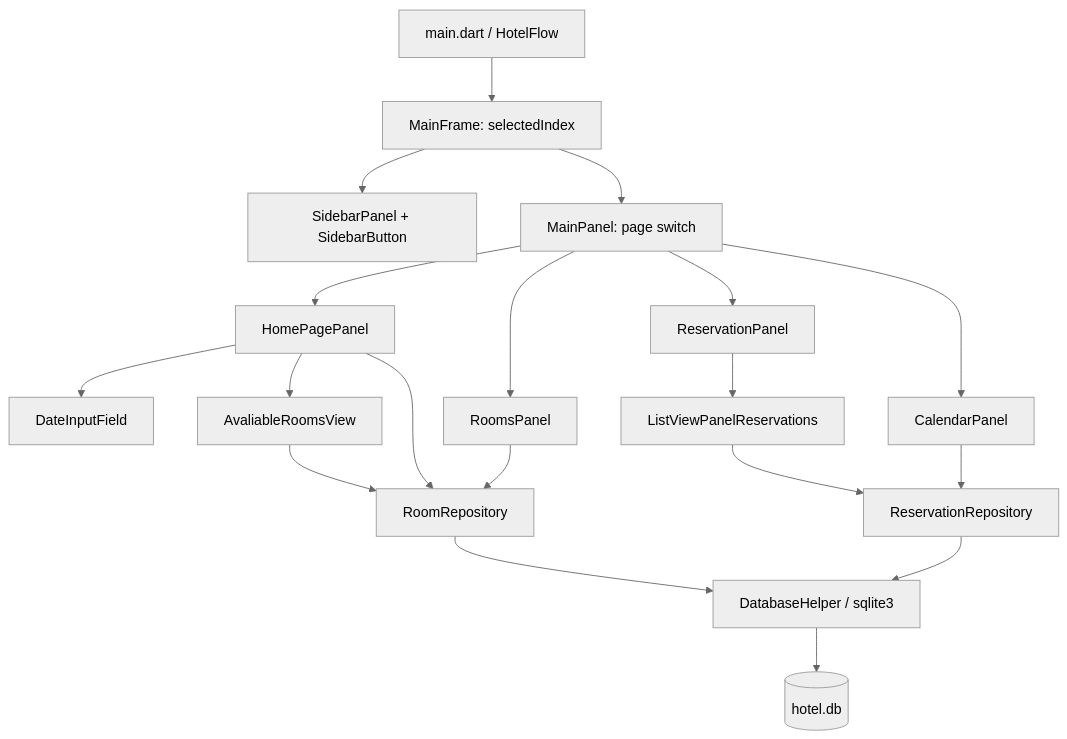
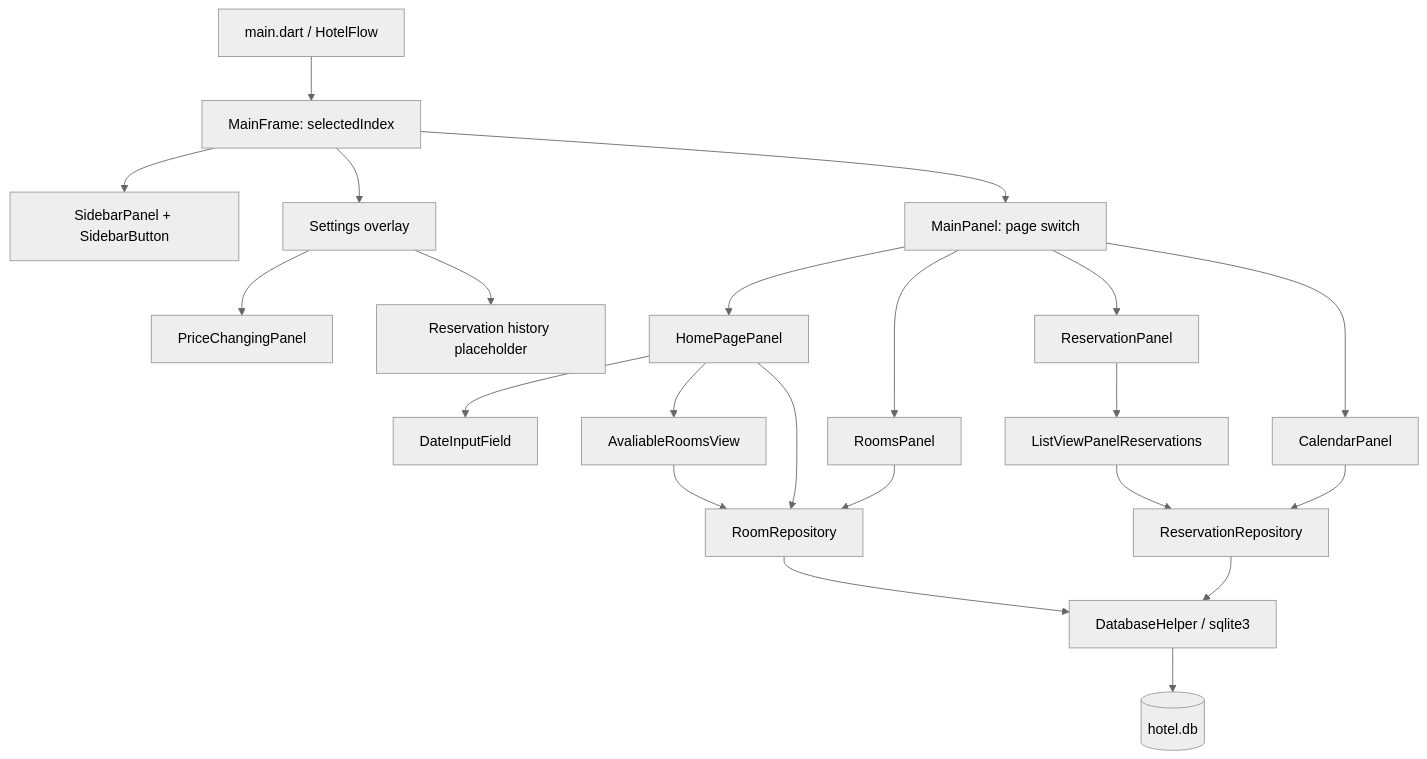
The first of 3 diagrams in docs/architecture.md (Kokosanka264/HotelFlow), drawn with Mermaid (neutral theme) before and after one commit. The commit also changed other lines of this file and 53 other files, not shown here.

````diff
--- a/docs/architecture.md
+++ b/docs/architecture.md
@@ -15,21 +15,24 @@
 ```mermaid
 flowchart TD
   Entry[main.dart / HotelFlow] --> Frame[MainFrame: selectedIndex]
   Frame --> Sidebar[SidebarPanel + SidebarButton]
+  Frame --> Settings[Settings overlay]
   Frame --> Main[MainPanel: page switch]
   Main --> Home[HomePagePanel]
   Main --> Rooms[RoomsPanel]
   Main --> Reservations[ReservationPanel]
   Main --> Calendar[CalendarPanel]
+  Settings --> Price[PriceChangingPanel]
+  Settings --> History[Reservation history placeholder]
   Home --> Dates[DateInputField]
   Home --> Available[AvaliableRoomsView]
   Rooms --> RoomRepo[RoomRepository]
   Available --> RoomRepo
   Home --> RoomRepo
   Reservations --> ReservationList[ListViewPanelReservations]
   ReservationList --> ReservationRepo[ReservationRepository]
   Calendar --> ReservationRepo
   ReservationRepo --> Helper[DatabaseHelper / sqlite3]
   RoomRepo --> Helper
   Helper --> DB[(hotel.db)]
 ```
````
